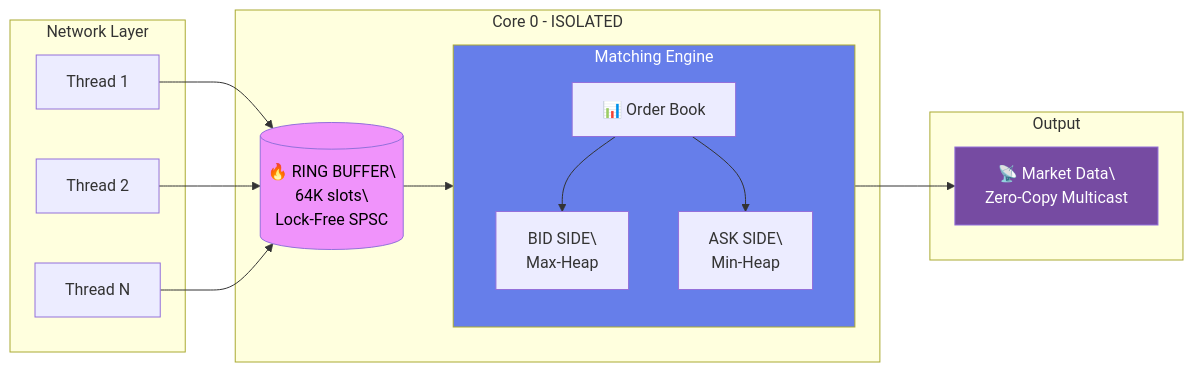
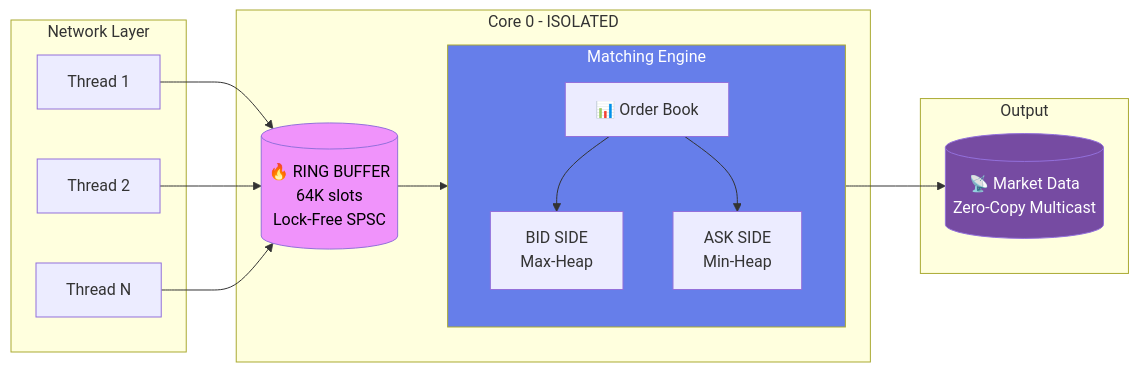
Before and after one commit to DevWizard-Vandan/DevWizard-Vandan: the second of 2 diagrams in README.md, drawn with Mermaid. The commit also changed other lines of this file, not shown here.

````diff
--- a/README.md
+++ b/README.md
@@ -303,33 +301,33 @@
 ```mermaid
 flowchart LR
     subgraph Network["Network Layer"]
         N1[Thread 1]
         N2[Thread 2]
         N3[Thread N]
     end
     
     subgraph Core["Core 0 - ISOLATED"]
-        RB[("🔥 RING BUFFER\\n64K slots\\nLock-Free SPSC")]
+        RB[("🔥 RING BUFFER\n64K slots\nLock-Free SPSC")]
         
         subgraph ME["Matching Engine"]
             LOB["📊 Order Book"]
-            BID["BID SIDE\\nMax-Heap"]
-            ASK["ASK SIDE\\nMin-Heap"]
+            BID["BID SIDE\nMax-Heap"]
+            ASK["ASK SIDE\nMin-Heap"]
             LOB --> BID
             LOB --> ASK
         end
         
         RB --> ME
     end
     
     subgraph Output["Output"]
-        MD["📡 Market Data\\nZero-Copy Multicast"]
+        MD[("📡 Market Data\nZero-Copy Multicast")]
     end
     
     N1 & N2 & N3 --> RB
     ME --> MD
     
     style RB fill:#f093fb,color:#000
     style ME fill:#667eea,color:#fff
     style MD fill:#764ba2,color:#fff
 ```
````
